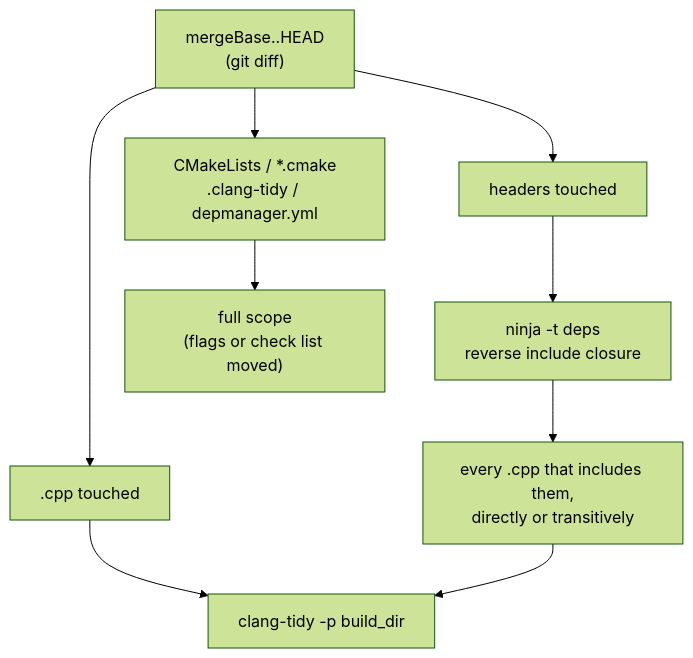
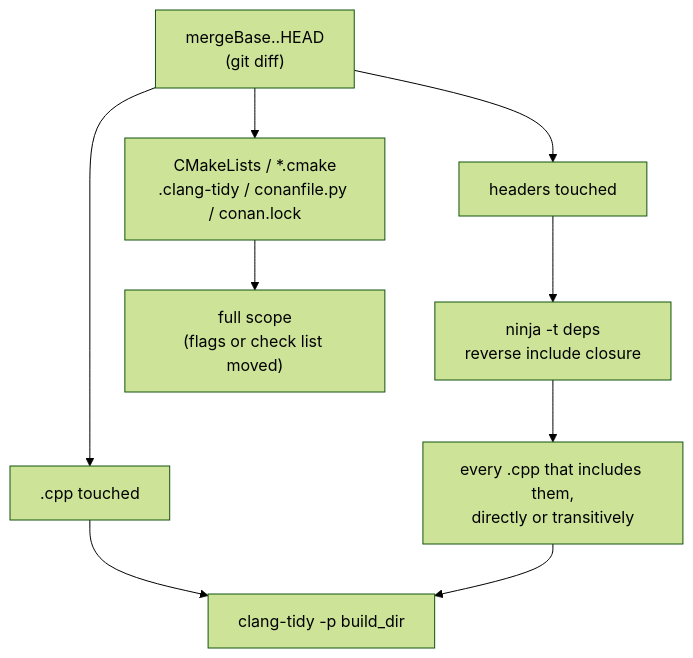
The third of 3 diagrams in doc/pages/continuous_integration.md (Silmaen/Owl), drawn with Mermaid (forest theme) before and after one commit. The commit also changed other lines of this file and 45 other files, not shown here.

````diff
--- a/doc/pages/continuous_integration.md
+++ b/doc/pages/continuous_integration.md
@@ -406,11 +405,11 @@
 ```mermaid
 flowchart TD
     MB["mergeBase..HEAD<br/>(git diff)"] --> CPP[".cpp touched"]
     MB --> HDR["headers touched"]
-    MB --> CFG["CMakeLists / *.cmake<br/>.clang-tidy / depmanager.yml"]
+    MB --> CFG["CMakeLists / *.cmake<br/>.clang-tidy / conanfile.py / conan.lock"]
     HDR --> DEPS["ninja -t deps<br/>reverse include closure"]
     DEPS --> TU["every .cpp that includes them,<br/>directly or transitively"]
     CPP --> RUN["clang-tidy -p build_dir"]
     TU --> RUN
     CFG --> FULL["full scope<br/>(flags or check list moved)"]
 ```
````
